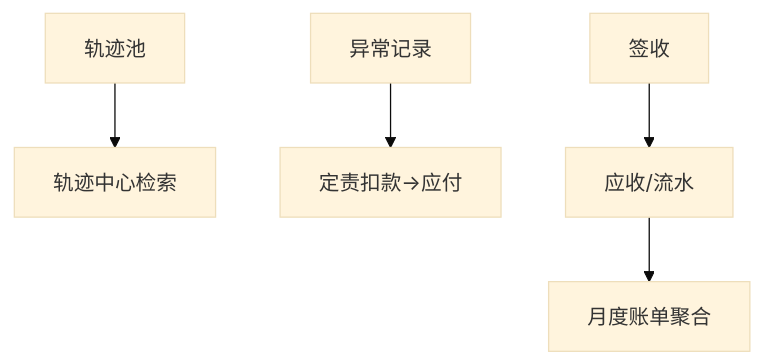
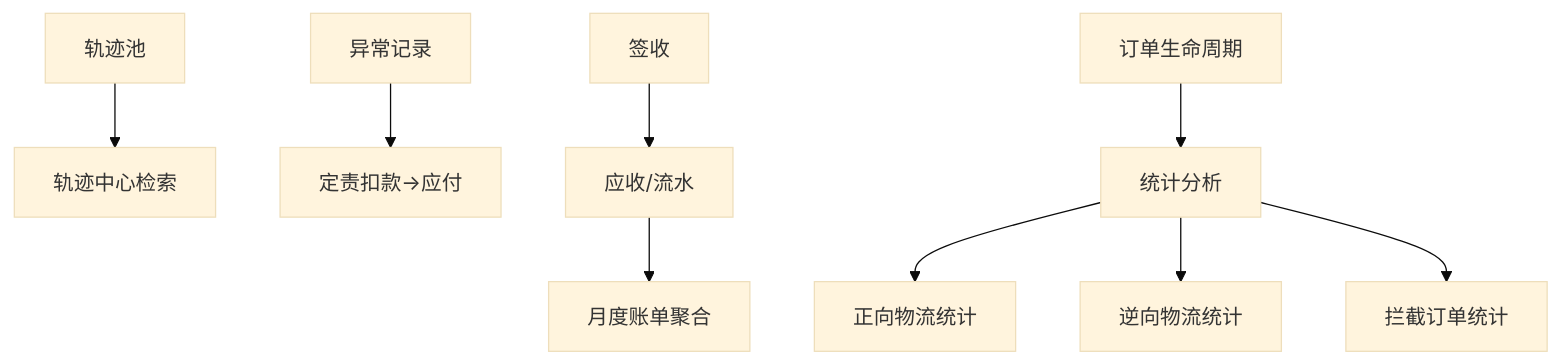
One commit to PengLine/blog-tms changed the tenth of 11 diagrams in .qoder/repowiki/zh/content/系统管理模块/运营管理/订单管理.md. Above: the diagram before and after it, drawn with Mermaid (base theme). The commit also changed other lines of this file and 101 other files, not shown here.

````diff
--- a/.qoder/repowiki/zh/content/系统管理模块/运营管理/订单管理.md
+++ b/.qoder/repowiki/zh/content/系统管理模块/运营管理/订单管理.md
@@ -397,7 +492,11 @@
 ```mermaid
 flowchart TD
 TracePool["轨迹池"] --> Monitor["轨迹中心检索"]
 Exception["异常记录"] --> Deduction["定责扣款→应付"]
 Sign["签收"] --> Receivable["应收/流水"]
 Receivable --> Bill["月度账单聚合"]
+Lifecycle["订单生命周期"] --> Stats["统计分析"]
+Stats --> Forward["正向物流统计"]
+Stats --> Reverse["逆向物流统计"]
+Stats --> Intercept["拦截订单统计"]
 ```
````
